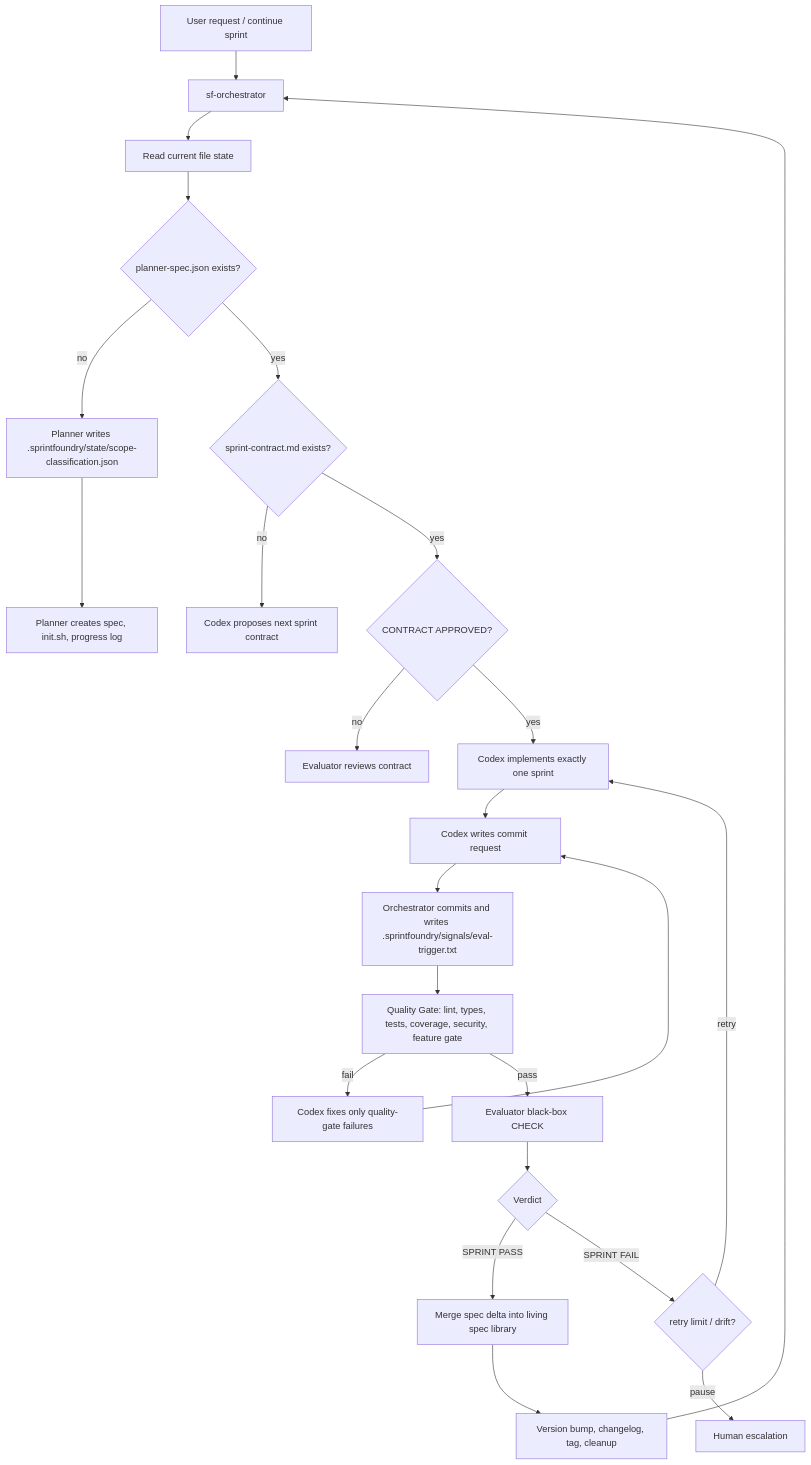
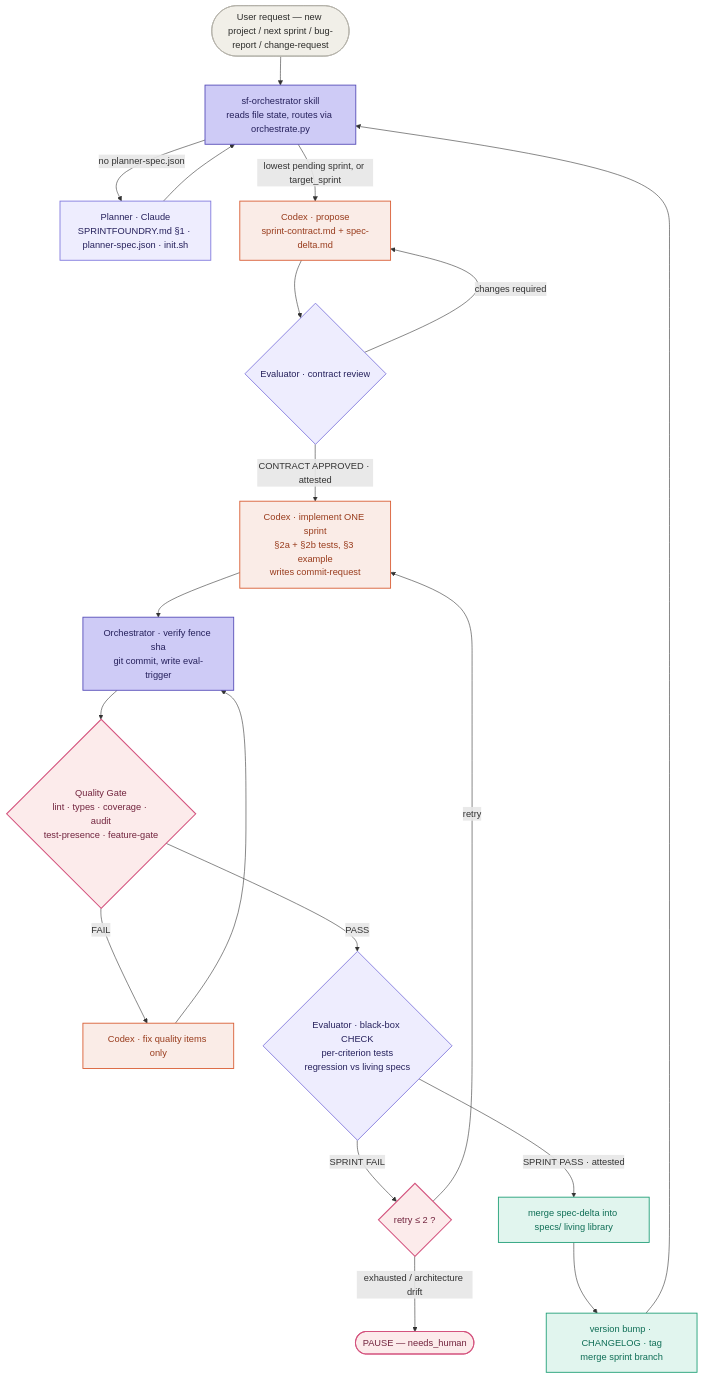
One commit to YuSec2021/SprintFoundry changed the diagram in README.md. Above: the diagram before and after it, drawn with Mermaid. The commit also changed other lines of this file and 1 other file, not shown here.

Commit message:
docs: refresh orchestration flow diagram

````diff
--- a/README.md
+++ b/README.md
@@ -81,26 +83,43 @@
 ```mermaid
 flowchart TD
-    A["User request / continue sprint"] --> O["sf-orchestrator"]
-    O --> S["Read current file state"]
-    S --> P{"planner-spec.json exists?"}
-    P -- no --> SC["Planner writes .sprintfoundry/state/scope-classification.json"]
-    SC --> PL["Planner creates spec, init.sh, progress log"]
-    P -- yes --> C{"sprint-contract.md exists?"}
-    C -- no --> NC["Codex proposes next sprint contract"]
-    C -- yes --> A1{"CONTRACT APPROVED?"}
-    A1 -- no --> CR["Evaluator reviews contract"]
-    A1 -- yes --> G["Codex implements exactly one sprint"]
-    G --> RQ["Codex writes commit request"]
-    RQ --> T["Orchestrator commits and writes .sprintfoundry/signals/eval-trigger.txt"]
-    T --> Q["Quality Gate: lint, types, tests, coverage, security, feature gate"]
-    Q -- fail --> QF["Codex fixes only quality-gate failures"]
-    QF --> RQ
-    Q -- pass --> E["Evaluator black-box CHECK"]
-    E --> R{"Verdict"}
-    R -- "SPRINT PASS" --> M["Merge spec delta into living spec library"]
-    M --> V["Version bump, changelog, tag, cleanup"]
-    R -- "SPRINT FAIL" --> F{"retry limit / drift?"}
-    F -- retry --> G
-    F -- pause --> H["Human escalation"]
-    V --> O
+    U(["User request — new project / next sprint / bug-report / change-request"]) --> O
+
+    O["sf-orchestrator skill<br/>reads file state, routes via orchestrate.py"]
+
+    O -->|no planner-spec.json| PL["Planner · Claude<br/>SPRINTFOUNDRY.md §1 · planner-spec.json · init.sh"]
+    PL --> O
+
+    O -->|lowest pending sprint, or target_sprint| PC["Codex · propose<br/>sprint-contract.md + spec-delta.md"]
+    PC --> CR{"Evaluator · contract review"}
+    CR -->|changes required| PC
+    CR -->|CONTRACT APPROVED · attested| IM
+
+    IM["Codex · implement ONE sprint<br/>§2a + §2b tests, §3 example<br/>writes commit-request"]
+    IM --> CM["Orchestrator · verify fence sha<br/>git commit, write eval-trigger"]
+    CM --> QG{"Quality Gate<br/>lint · types · coverage · audit<br/>test-presence · feature-gate"}
+    QG -->|FAIL| QR["Codex · fix quality items only"]
+    QR --> CM
+    QG -->|PASS| EV{"Evaluator · black-box CHECK<br/>per-criterion tests<br/>regression vs living specs"}
+
+    EV -->|SPRINT FAIL| RT{"retry ≤ 2 ?"}
+    RT -->|retry| IM
+    RT -->|exhausted / architecture drift| HP(["PAUSE — needs_human"])
+
+    EV -->|SPRINT PASS · attested| MG["merge spec-delta into specs/ living library"]
+    MG --> VB["version bump · CHANGELOG · tag<br/>merge sprint branch"]
+    VB --> O
+
+    classDef claude fill:#EEEDFE,stroke:#7F77DD,stroke-width:1.5px,color:#26215C
+    classDef codex fill:#FAECE7,stroke:#D85A30,stroke-width:1.5px,color:#993C1D
+    classDef orch fill:#CECBF6,stroke:#534AB7,stroke-width:1.5px,color:#26215C
+    classDef gate fill:#FCEBEB,stroke:#D4537E,stroke-width:1.8px,color:#72243E
+    classDef good fill:#E1F5EE,stroke:#1D9E75,stroke-width:1.5px,color:#0F6E56
+    classDef neutral fill:#F1EFE8,stroke:#B4B2A9,stroke-width:1.4px,color:#2C2C2A
+
+    class U neutral
+    class O,CM orch
+    class PL,CR,EV claude
+    class PC,IM,QR codex
+    class QG,RT,HP gate
+    class MG,VB good
 ```
````
